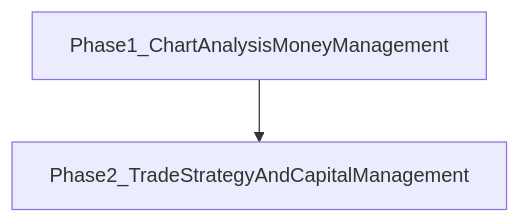
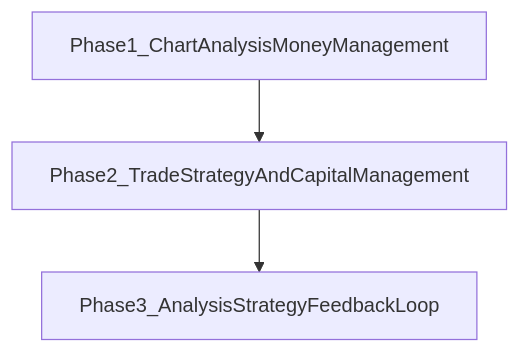
One commit to KenichiroArai/market-platform changed the diagram in docs/roadmap/v0/v0.5/v0.5.0.md. Above: the diagram before and after it, drawn with Mermaid. The commit also changed other lines of this file and 25 other files, not shown here.

````diff
--- a/docs/roadmap/v0/v0.5/v0.5.0.md
+++ b/docs/roadmap/v0/v0.5/v0.5.0.md
@@ -5,6 +6,8 @@
 ```mermaid
 flowchart TB
   p1[Phase1_ChartAnalysisMoneyManagement]
   p2[Phase2_TradeStrategyAndCapitalManagement]
+  p3[Phase3_AnalysisStrategyFeedbackLoop]
   p1 --> p2
+  p2 --> p3
 ```
````
